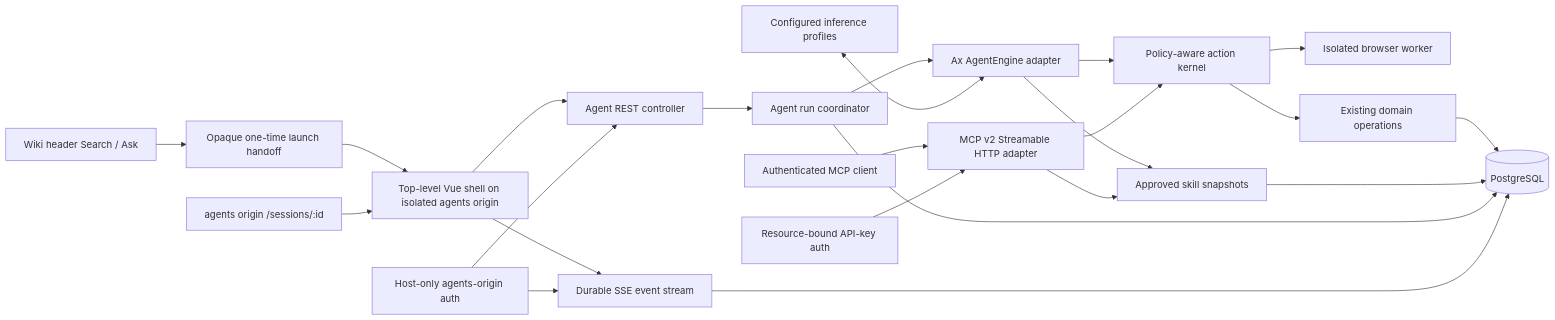
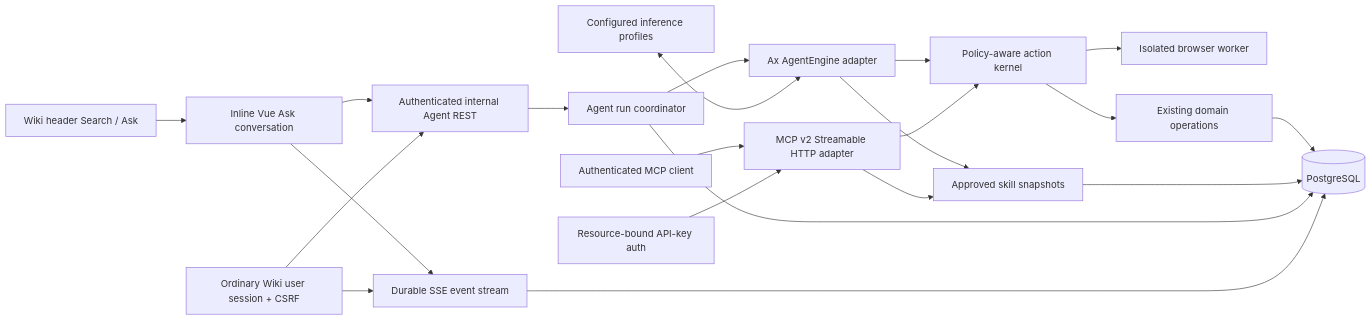
The first of 2 diagrams in docs/.planning/2026-08-16_first-class-agent-architecture-plan.md (PhilosophiMoonbeam/tsEpistle), drawn with Mermaid before and after one commit. The commit also changed other lines of this file and 69 other files, not shown here.

Commit message:
feat: add first-class wiki agents

````diff
--- a/docs/.planning/2026-08-16_first-class-agent-architecture-plan.md
+++ b/docs/.planning/2026-08-16_first-class-agent-architecture-plan.md
@@ -199,25 +196,23 @@
 ```mermaid
 flowchart LR
-  Header["Wiki header Search / Ask"] --> Launch["Opaque one-time launch handoff"]
-  Launch --> Client["Top-level Vue shell on isolated agents origin"]
-  DeepLink["agents origin /sessions/:id"] --> Client
-  Client --> Rest["Agent REST controller"]
-  Client --> SSE["Durable SSE event stream"]
+  Header["Wiki header Search / Ask"] --> Inline["Inline Vue Ask conversation"]
+  Inline --> Rest["Authenticated internal Agent REST"]
+  Inline --> SSE["Durable SSE event stream"]
   Rest --> Coordinator["Agent run coordinator"]
   Coordinator --> Engine["Ax AgentEngine adapter"]
   Profiles["Configured inference profiles"] <--> Engine
   Engine --> Kernel["Policy-aware action kernel"]
   Engine --> Skills["Approved skill snapshots"]
   Kernel --> Browser["Isolated browser worker"]
   MCP["Authenticated MCP client"] --> MCPAdapter["MCP v2 Streamable HTTP adapter"]
   MCPAdapter --> Kernel
   MCPAdapter --> Skills
   Kernel --> Ops["Existing domain operations"]
   Ops --> DB[(PostgreSQL)]
   Skills --> DB
   Coordinator --> DB
   SSE --> DB
-  AgentAuth["Host-only agents-origin auth"] --> Rest
-  AgentAuth --> SSE
+  WikiAuth["Ordinary Wiki user session + CSRF"] --> Rest
+  WikiAuth --> SSE
   MCPAuth["Resource-bound API-key auth"] --> MCPAdapter
 ```
````
